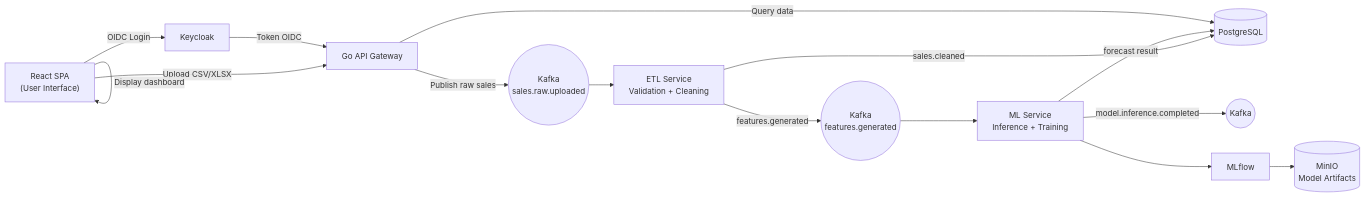
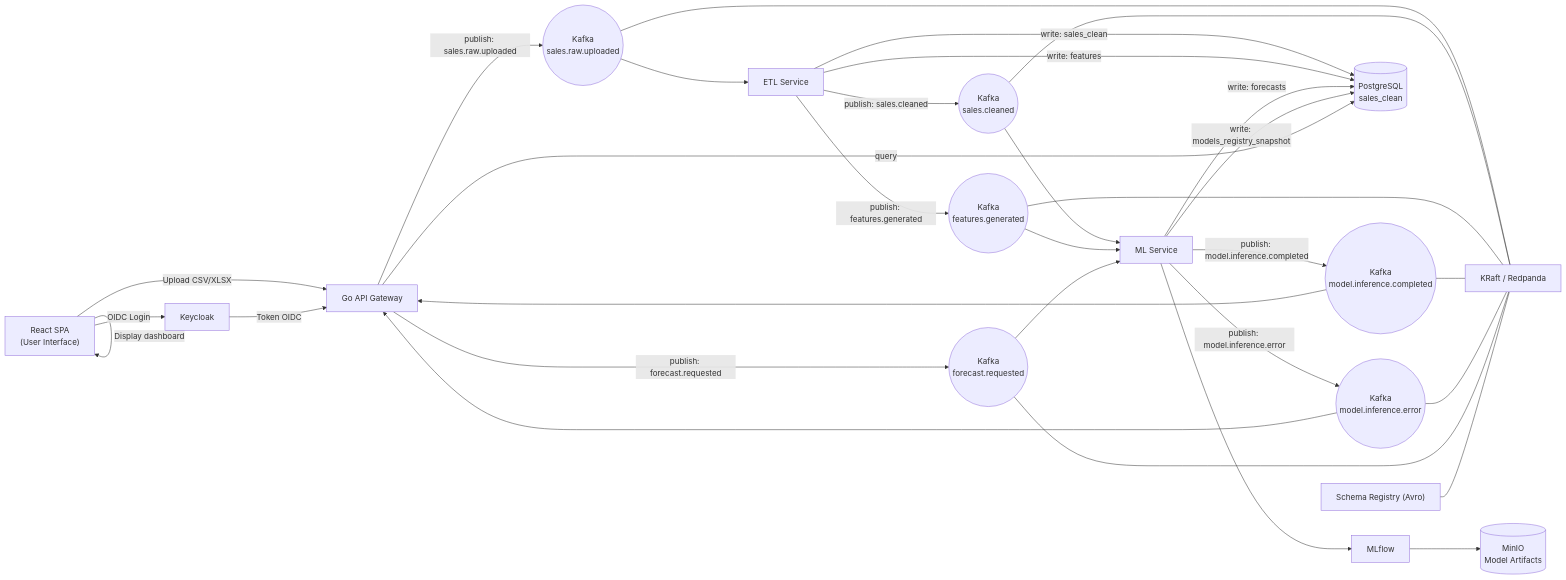
Before and after one commit to tzpereira/demand-sensei: the diagram in docs/diagrams/mvp_system_architecture.mmd, drawn with Mermaid. The commit also changed 1 other file, not shown here.

Commit message:
refactor architecture diagram to clarify Kafka producers and consumers; update PNG representation

```diff
--- a/docs/diagrams/mvp_system_architecture.mmd
+++ b/docs/diagrams/mvp_system_architecture.mmd
@@ -1,29 +1,49 @@
 flowchart LR
 
 %% FRONTEND
 A["React SPA\n(User Interface)"] -->|OIDC Login| B["Keycloak"]
 A -->|Upload CSV/XLSX| C["Go API Gateway"]
 
 %% AUTH
 B -->|Token OIDC| C
 
-%% API + SALES INGESTION
-C -->|Publish raw sales| D(("Kafka\nsales.raw.uploaded"))
+%% PRODUCERS -> KAFKA
+C -->|publish: sales.raw.uploaded| D(("Kafka\nsales.raw.uploaded"))
+C -->|publish: forecast.requested| E(("Kafka\nforecast.requested"))
+F["ETL Service"] -->|publish: sales.cleaned| G(("Kafka\nsales.cleaned"))
+F -->|publish: features.generated| H(("Kafka\nfeatures.generated"))
+I["ML Service"] -->|publish: model.inference.completed| J(("Kafka\nmodel.inference.completed"))
+I -->|publish: model.inference.error| K(("Kafka\nmodel.inference.error"))
 
-%% ETL
-D --> E["ETL Service\nValidation + Cleaning"]
-E -->|sales.cleaned| F[("PostgreSQL")]
-E -->|features.generated| G(("Kafka\nfeatures.generated"))
+%% CONSUMERS
+D --> F
+G --> I
+H --> I
+E --> I
+J --> C
+K --> C
 
-%% ML
-G --> H["ML Service\nInference + Training"]
-H -->|forecast result| F
-H -->|model.inference.completed| I(("Kafka"))
+%% PERSISTENCE
+F -->|write: sales_clean| L[("PostgreSQL\nsales_clean")]
+F -->|write: features| L
+I -->|write: forecasts| L
+I -->|write: models_registry_snapshot| L
 
 %% MODEL REGISTRY
-H --> J["MLflow"]
-J --> K[("MinIO\nModel Artifacts")]
+I --> M["MLflow"]
+M --> N[("MinIO\nModel Artifacts")]
 
-%% DASHBOARD
-C -->|Query data| F
+%% DASHBOARD / QUERY
+C -->|query| L
 A -->|Display dashboard| A
+
+%% INFRA
+O["KRaft / Redpanda"]
+P["Schema Registry (Avro)"]
+D --- O
+G --- O
+H --- O
+J --- O
+K --- O
+E --- O
+P --- O
```
